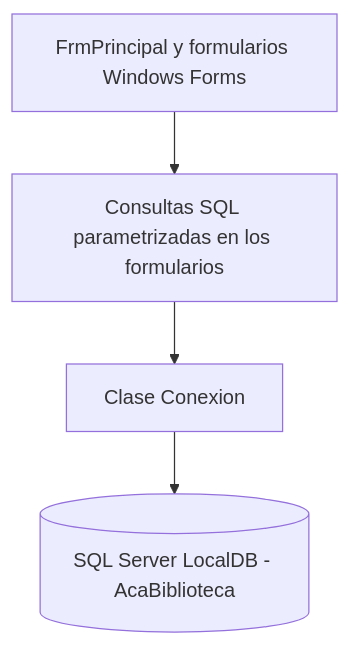
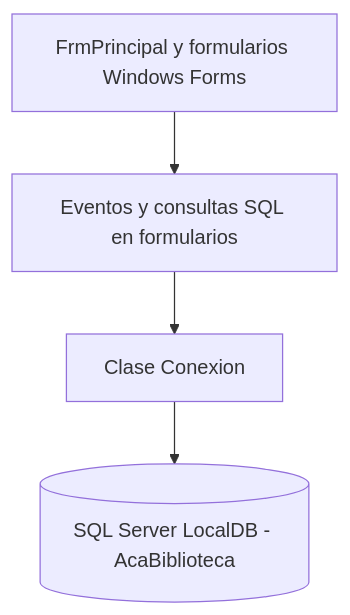
The third of 3 diagrams in Documentacion.md (cesaralbino-hub/AcaBiblioteca), drawn with Mermaid before and after one commit. The commit also changed other lines of this file and 12 other files, not shown here.

````diff
--- a/Documentacion.md
+++ b/Documentacion.md
@@ -298,10 +363,10 @@
 ```mermaid
 flowchart TD
     UI[FrmPrincipal y formularios Windows Forms]
-    SQL[Consultas SQL parametrizadas en los formularios]
+    SQL[Eventos y consultas SQL en formularios]
     C[Clase Conexion]
     DB[(SQL Server LocalDB - AcaBiblioteca)]
     UI --> SQL
     SQL --> C
     C --> DB
 ```
````
